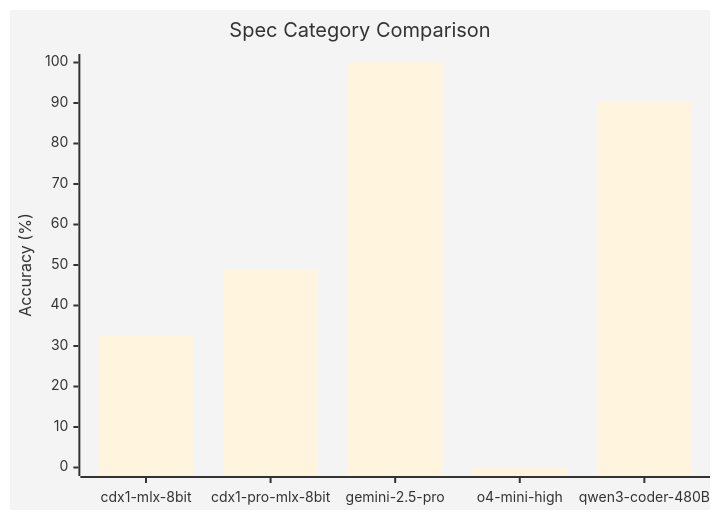
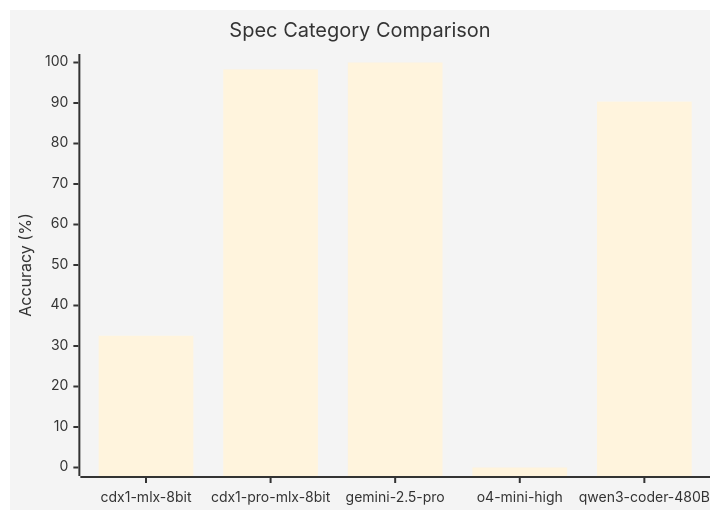
Before and after one commit to CycloneDX/cdxgen: the second of 2 diagrams in contrib/xBOMEval/results/README.md, drawn with Mermaid. The commit also changed 3 other files, not shown here.

````diff
--- a/contrib/xBOMEval/results/README.md
+++ b/contrib/xBOMEval/results/README.md
@@ -20,8 +20,8 @@
 ```mermaid
 %%{init: {'theme': 'base'}}%%
 xychart-beta
     title "Spec Category Comparison"
     x-axis [cdx1-mlx-8bit, cdx1-pro-mlx-8bit, gemini-2.5-pro, o4-mini-high, qwen3-coder-480B]
     y-axis "Accuracy (%)" 0 --> 100
-    bar [32.53, 48.86, 100, 0, 90.34]
+    bar [32.53, 98.3, 100, 0, 90.34]
 ```
````
